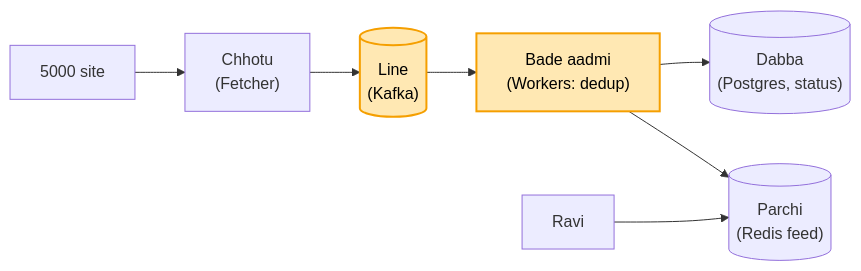
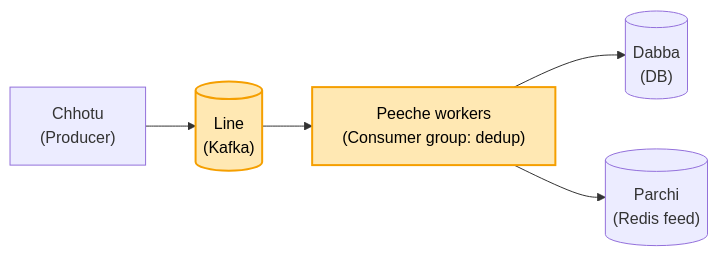
The fourth of 11 diagrams in 04_HLD/SYSTEM_DESIGNS/08_news_aggregator/08_news_aggregator.md (ArpanMaheshwari144/Prep), drawn with Mermaid before and after one commit. The commit also changed other lines of this file and 17 other files, not shown here.

Commit message:
HLD: 17 main files hand notes se milaye (har block alag section, kahani + asli naam, mermaid), technical naam bhi rakhe

````diff
--- a/04_HLD/SYSTEM_DESIGNS/08_news_aggregator/08_news_aggregator.md
+++ b/04_HLD/SYSTEM_DESIGNS/08_news_aggregator/08_news_aggregator.md
@@ -80,11 +85,9 @@
 ```mermaid
 flowchart LR
-    S["5000 site"] --> C["Chhotu<br/>(Fetcher)"]
-    C --> K[("Line<br/>(Kafka)")]
-    K --> W["Bade aadmi<br/>(Workers: dedup)"]
-    W --> D[("Dabba<br/>(Postgres, status)")]
+    C["Chhotu<br/>(Producer)"] --> K[("Line<br/>(Kafka)")]
+    K --> W["Peeche workers<br/>(Consumer group: dedup)"]
+    W --> D[("Dabba<br/>(DB)")]
     W --> P[("Parchi<br/>(Redis feed)")]
-    A["Ravi"] --> P
     style K fill:#ffe8b3,stroke:#f59f00,stroke-width:2px,color:#000
     style W fill:#ffe8b3,stroke:#f59f00,stroke-width:2px,color:#000
 ```
````
